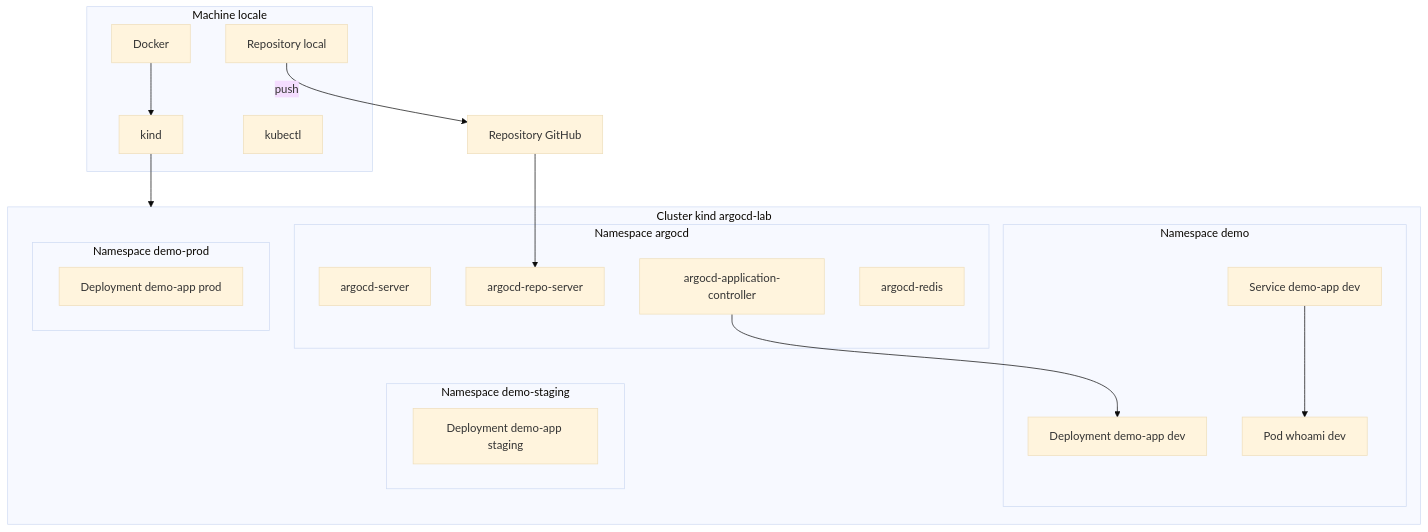
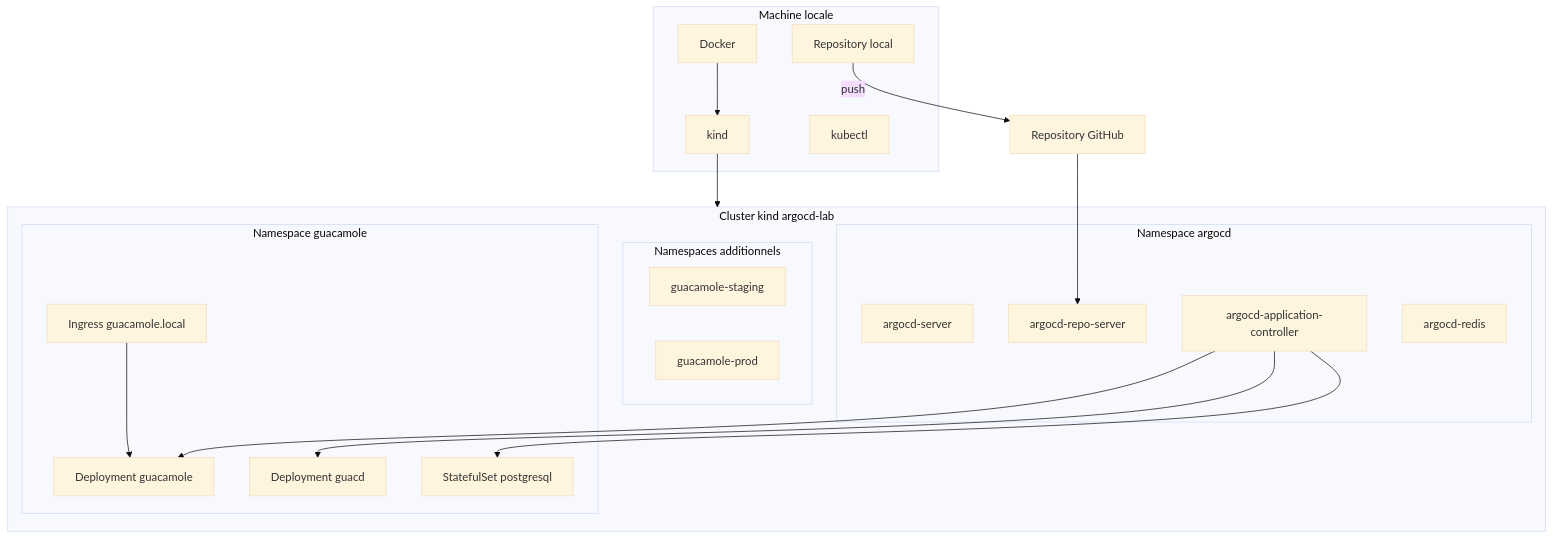
Before and after one commit to RobinThiriet/ArgoCD: the second of 2 diagrams in docs/architecture.md, drawn with Mermaid (base theme). The commit also changed other lines of this file and 40 other files, not shown here.

````diff
--- a/docs/architecture.md
+++ b/docs/architecture.md
@@ -25,39 +24,39 @@
 ```mermaid
 flowchart TB
     subgraph Local["Machine locale"]
         Docker[Docker]
         Kind[kind]
         Kubectl[kubectl]
         Repo[Repository local]
     end
 
     subgraph Kubernetes["Cluster kind argocd-lab"]
         subgraph NS1["Namespace argocd"]
             Server[argocd-server]
             RepoServer[argocd-repo-server]
             Controller[argocd-application-controller]
             Redis[argocd-redis]
         end
 
-        subgraph NS2["Namespace demo"]
-            Deployment[Deployment demo-app dev]
-            Service[Service demo-app dev]
-            Pod[Pod whoami dev]
+        subgraph NS2["Namespace guacamole"]
+            Ingress[Ingress guacamole.local]
+            Web[Deployment guacamole]
+            Guacd[Deployment guacd]
+            Db[StatefulSet postgresql]
         end
 
-        subgraph NS3["Namespace demo-staging"]
-            DeploymentStaging[Deployment demo-app staging]
-        end
-
-        subgraph NS4["Namespace demo-prod"]
-            DeploymentProd[Deployment demo-app prod]
+        subgraph NS3["Namespaces additionnels"]
+            Staging[guacamole-staging]
+            Prod[guacamole-prod]
         end
     end
 
     Repo -->|push| GitHub[Repository GitHub]
     Docker --> Kind
     Kind --> Kubernetes
     GitHub --> RepoServer
-    Controller --> Deployment
-    Service --> Pod
+    Controller --> Web
+    Controller --> Guacd
+    Controller --> Db
+    Ingress --> Web
 ```
````
